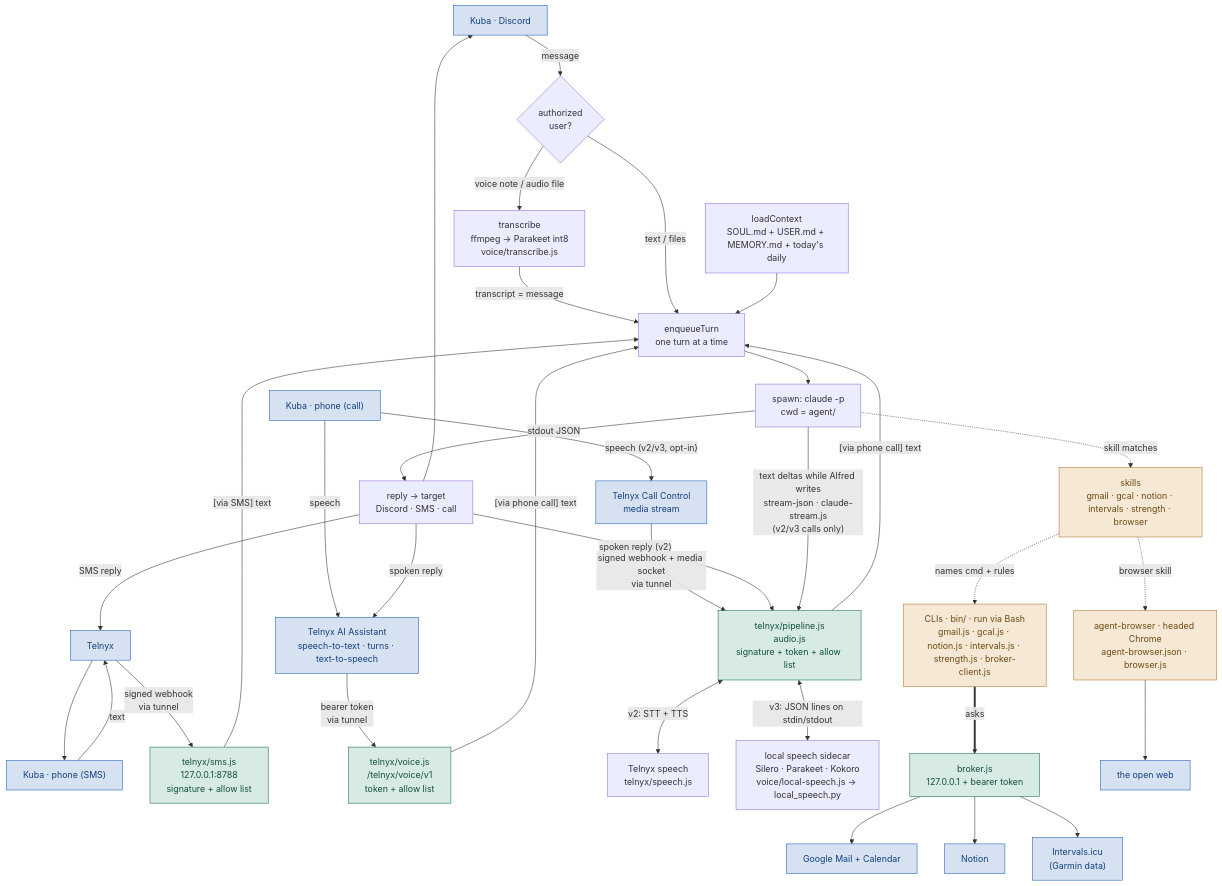
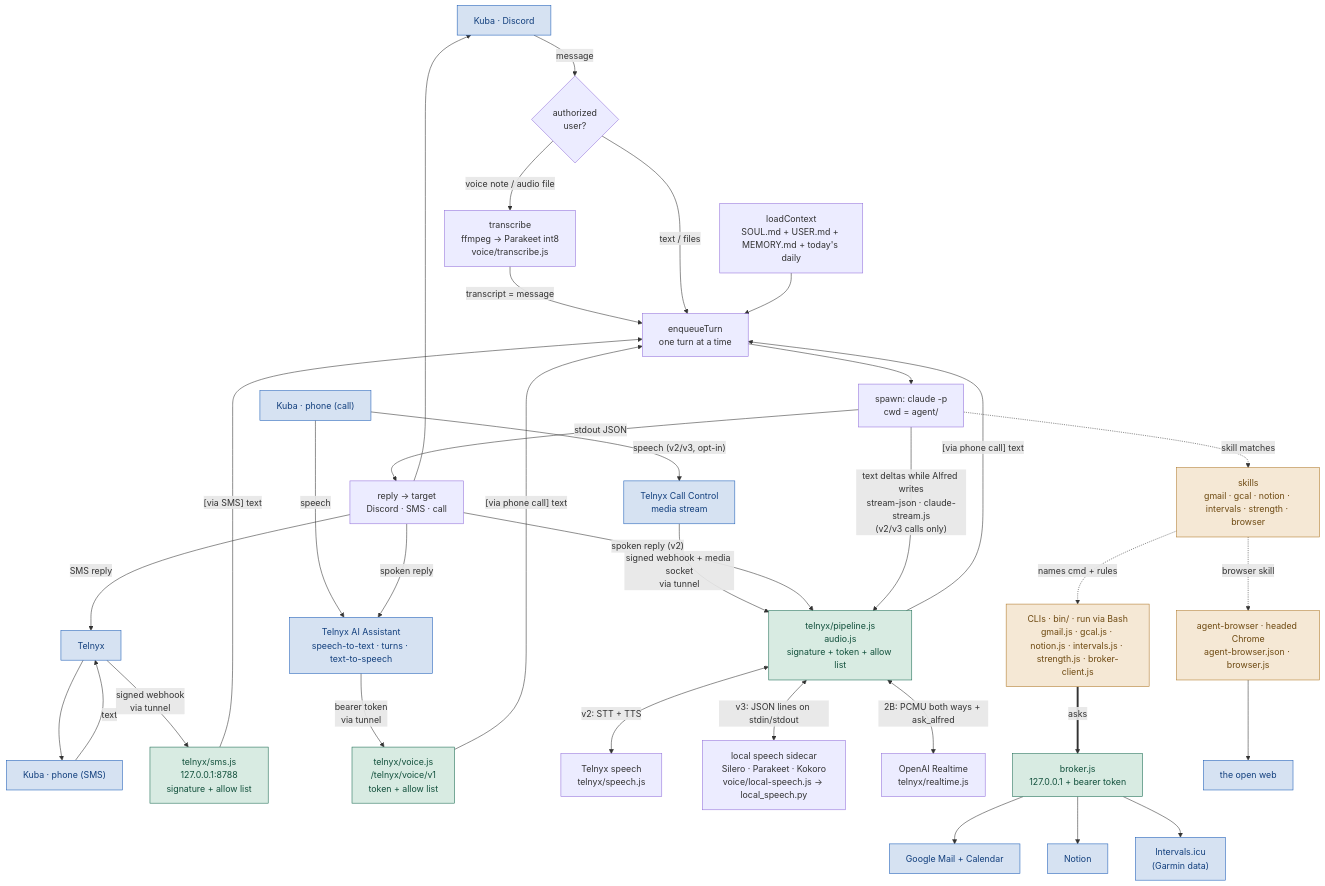
The first of 6 diagrams in SYSTEM-MAP.md (KubaJerz/alfred-node), drawn with Mermaid before and after one commit. The commit also changed other lines of this file and 10 other files, not shown here.

First line of the commit message:
feat: answer calls through OpenAI Realtime with Alfred as a tool

````diff
--- a/SYSTEM-MAP.md
+++ b/SYSTEM-MAP.md
@@ -57,41 +57,42 @@
 ```mermaid
 flowchart TD
     U["Kuba · Discord"] -->|message| GATE{"authorized<br/>user?"}
     GATE -->|"voice note / audio file"| TR["transcribe<br/>ffmpeg → Parakeet int8<br/>voice/transcribe.js"]
     TR -->|"transcript = message"| Q
     GATE -->|"text / files"| Q["enqueueTurn<br/>one turn at a time"]
     PH["Kuba · phone (SMS)"] -->|text| TX["Telnyx"]
     TX -->|"signed webhook<br/>via tunnel"| WH["telnyx/sms.js<br/>127.0.0.1:8788<br/>signature + allow list"]
     WH -->|"[via SMS] text"| Q
     CALL["Kuba · phone (call)"] -->|speech| VA["Telnyx AI Assistant<br/>speech-to-text · turns · text-to-speech"]
     VA -->|"bearer token<br/>via tunnel"| VR["telnyx/voice.js<br/>/telnyx/voice/v1<br/>token + allow list"]
     VR -->|"[via phone call] text"| Q
     CALL -->|"speech (v2/v3, opt-in)"| CC["Telnyx Call Control<br/>media stream"]
     CC -->|"signed webhook + media socket<br/>via tunnel"| VP["telnyx/pipeline.js<br/>audio.js<br/>signature + token + allow list"]
     VP -->|"[via phone call] text"| Q
     VP <-->|"v2: STT + TTS"| TS["Telnyx speech<br/>telnyx/speech.js"]
     VP <-->|"v3: JSON lines on stdin/stdout"| LS["local speech sidecar<br/>Silero · Parakeet · Kokoro<br/>voice/local-speech.js → local_speech.py"]
+    VP <-->|"2B: PCMU both ways + ask_alfred"| OA["OpenAI Realtime<br/>telnyx/realtime.js"]
     CTX["loadContext<br/>SOUL.md + USER.md + MEMORY.md + today's daily"] --> Q
     Q --> SPAWN["spawn: claude -p<br/>cwd = agent/"]
     SPAWN -.->|"skill matches"| SK["skills<br/>gmail · gcal · notion · intervals · strength · browser"]
     SK -.->|"names cmd + rules"| CLIS["CLIs · bin/ · run via Bash<br/>gmail.js · gcal.js · notion.js · intervals.js · strength.js · broker-client.js"]
     CLIS ==>|"asks"| BR["broker.js<br/>127.0.0.1 + bearer token"]
     BR --> G["Google Mail + Calendar"]
     BR --> N["Notion"]
     BR --> I["Intervals.icu<br/>(Garmin data)"]
     SK -.->|"browser skill"| AB["agent-browser · headed Chrome<br/>agent-browser.json · browser.js"]
     AB --> WEB["the open web"]
     SPAWN -->|"stdout JSON"| R["reply → target<br/>Discord · SMS · call"]
     R --> U
     R -->|"SMS reply"| TX
     R -->|"spoken reply"| VA
     R -->|"spoken reply (v2)"| VP
     SPAWN -->|"text deltas while Alfred writes<br/>stream-json · claude-stream.js<br/>(v2/v3 calls only)"| VP
     TX --> PH
     classDef external fill:#d6e2f2,stroke:#1f5fb8,color:#123f7d
     classDef gateway fill:#d8ebe2,stroke:#1b6b52,color:#12503c
     classDef stack fill:#f5e8d5,stroke:#b07a2a,color:#6e4a12
     class U,G,N,I,WEB,PH,TX,CALL,VA,CC external
     class BR,WH,VR,VP gateway
     class SK,CLIS,AB stack
 ```
````
